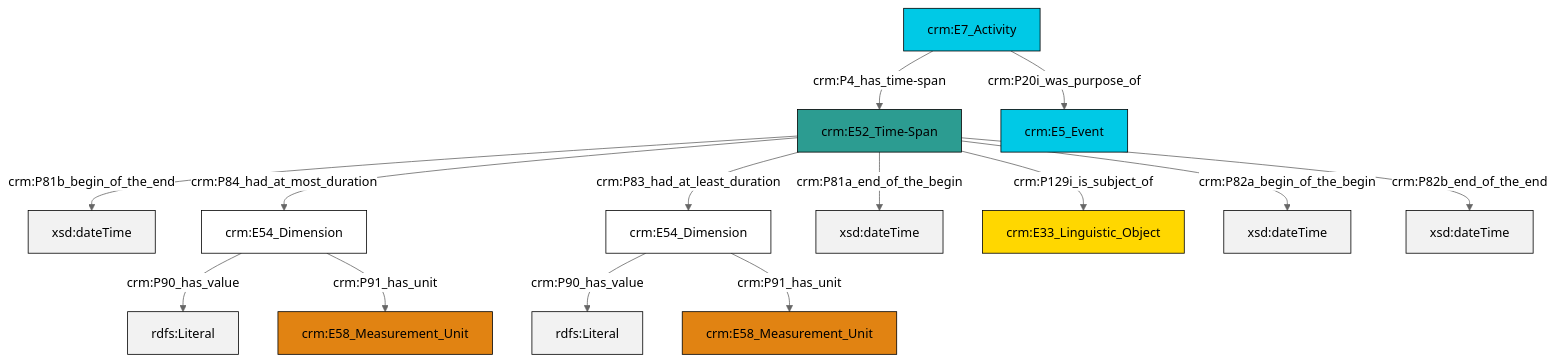
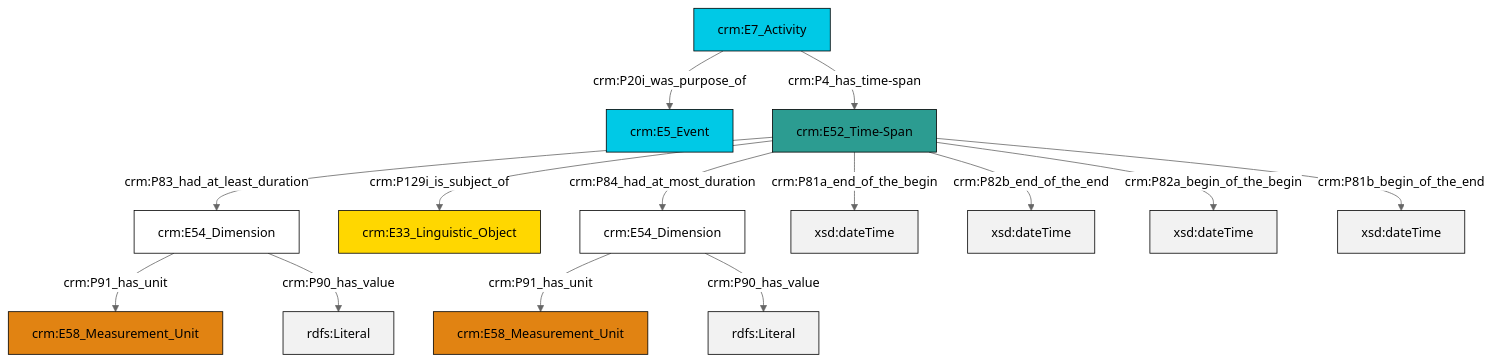
One commit to swiss-art-research-net/reference-data-models changed the diagram in et/eventCSV/ttl/mmd/event_existence.ttl.mmd. Above: the diagram before and after it, drawn with Mermaid (neutral theme). The commit also changed 126 other files, not shown here.

```diff
--- a/et/eventCSV/ttl/mmd/event_existence.ttl.mmd
+++ b/et/eventCSV/ttl/mmd/event_existence.ttl.mmd
@@ -1,28 +1,28 @@
 graph TD
 classDef Literal fill:#f2f2f2,stroke:#000000;
 classDef CRM_Entity fill:#FFFFFF,stroke:#000000;
 classDef Temporal_Entity fill:#00C9E6, stroke:#000000;
 classDef Type fill:#E18312, stroke:#000000;
 classDef Time-Span fill:#2C9C91, stroke:#000000;
 classDef Appellation fill:#FFEB7F, stroke:#000000;
 classDef Place fill:#008836, stroke:#000000;
 classDef Persistent_Item fill:#B266B2, stroke:#000000;
 classDef Conceptual_Object fill:#FFD700, stroke:#000000;
 classDef Physical_Thing fill:#D2B48C, stroke:#000000;
 classDef Actor fill:#f58aad, stroke:#000000;
 classDef PC_Classes fill:#4ce600, stroke:#000000;
 classDef Multi fill:#cccccc,stroke:#000000;
 
-0["crm:E52_Time-Span"]:::Time-Span -->|crm:P81b_begin_of_the_end| 1[xsd:dateTime]:::Literal
-2["crm:E54_Dimension"]:::CRM_Entity -->|crm:P90_has_value| 3[rdfs:Literal]:::Literal
-7["crm:E7_Activity"]:::Temporal_Entity -->|crm:P20i_was_purpose_of| 8["crm:E5_Event"]:::Temporal_Entity
-0["crm:E52_Time-Span"]:::Time-Span -->|crm:P84_had_at_most_duration| 9["crm:E54_Dimension"]:::CRM_Entity
-2["crm:E54_Dimension"]:::CRM_Entity -->|crm:P91_has_unit| 10["crm:E58_Measurement_Unit"]:::Type
-9["crm:E54_Dimension"]:::CRM_Entity -->|crm:P90_has_value| 11[rdfs:Literal]:::Literal
-0["crm:E52_Time-Span"]:::Time-Span -->|crm:P81a_end_of_the_begin| 12[xsd:dateTime]:::Literal
-0["crm:E52_Time-Span"]:::Time-Span -->|crm:P129i_is_subject_of| 13["crm:E33_Linguistic_Object"]:::Conceptual_Object
-0["crm:E52_Time-Span"]:::Time-Span -->|crm:P83_had_at_least_duration| 2["crm:E54_Dimension"]:::CRM_Entity
-9["crm:E54_Dimension"]:::CRM_Entity -->|crm:P91_has_unit| 5["crm:E58_Measurement_Unit"]:::Type
-7["crm:E7_Activity"]:::Temporal_Entity -->|crm:P4_has_time-span| 0["crm:E52_Time-Span"]:::Time-Span
-0["crm:E52_Time-Span"]:::Time-Span -->|crm:P82a_begin_of_the_begin| 18[xsd:dateTime]:::Literal
-0["crm:E52_Time-Span"]:::Time-Span -->|crm:P82b_end_of_the_end| 21[xsd:dateTime]:::Literal
+0["crm:E7_Activity"]:::Temporal_Entity -->|crm:P20i_was_purpose_of| 2["crm:E5_Event"]:::Temporal_Entity
+3["crm:E52_Time-Span"]:::Time-Span -->|crm:P83_had_at_least_duration| 4["crm:E54_Dimension"]:::CRM_Entity
+3["crm:E52_Time-Span"]:::Time-Span -->|crm:P129i_is_subject_of| 5["crm:E33_Linguistic_Object"]:::Conceptual_Object
+6["crm:E54_Dimension"]:::CRM_Entity -->|crm:P91_has_unit| 7["crm:E58_Measurement_Unit"]:::Type
+3["crm:E52_Time-Span"]:::Time-Span -->|crm:P84_had_at_most_duration| 6["crm:E54_Dimension"]:::CRM_Entity
+6["crm:E54_Dimension"]:::CRM_Entity -->|crm:P90_has_value| 10[rdfs:Literal]:::Literal
+4["crm:E54_Dimension"]:::CRM_Entity -->|crm:P91_has_unit| 11["crm:E58_Measurement_Unit"]:::Type
+4["crm:E54_Dimension"]:::CRM_Entity -->|crm:P90_has_value| 12[rdfs:Literal]:::Literal
+0["crm:E7_Activity"]:::Temporal_Entity -->|crm:P4_has_time-span| 3["crm:E52_Time-Span"]:::Time-Span
+3["crm:E52_Time-Span"]:::Time-Span -->|crm:P81a_end_of_the_begin| 15[xsd:dateTime]:::Literal
+3["crm:E52_Time-Span"]:::Time-Span -->|crm:P82b_end_of_the_end| 18[xsd:dateTime]:::Literal
+3["crm:E52_Time-Span"]:::Time-Span -->|crm:P82a_begin_of_the_begin| 19[xsd:dateTime]:::Literal
+3["crm:E52_Time-Span"]:::Time-Span -->|crm:P81b_begin_of_the_end| 21[xsd:dateTime]:::Literal
```
